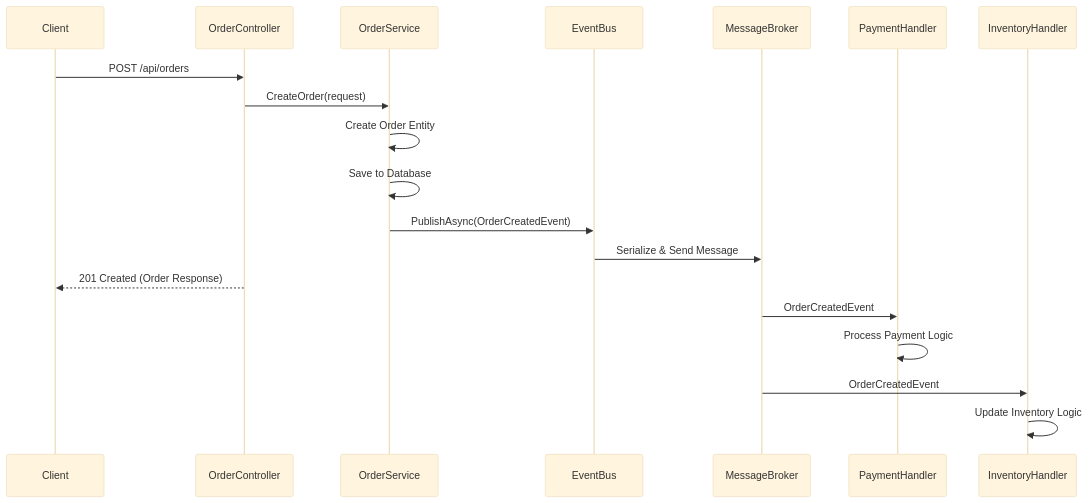
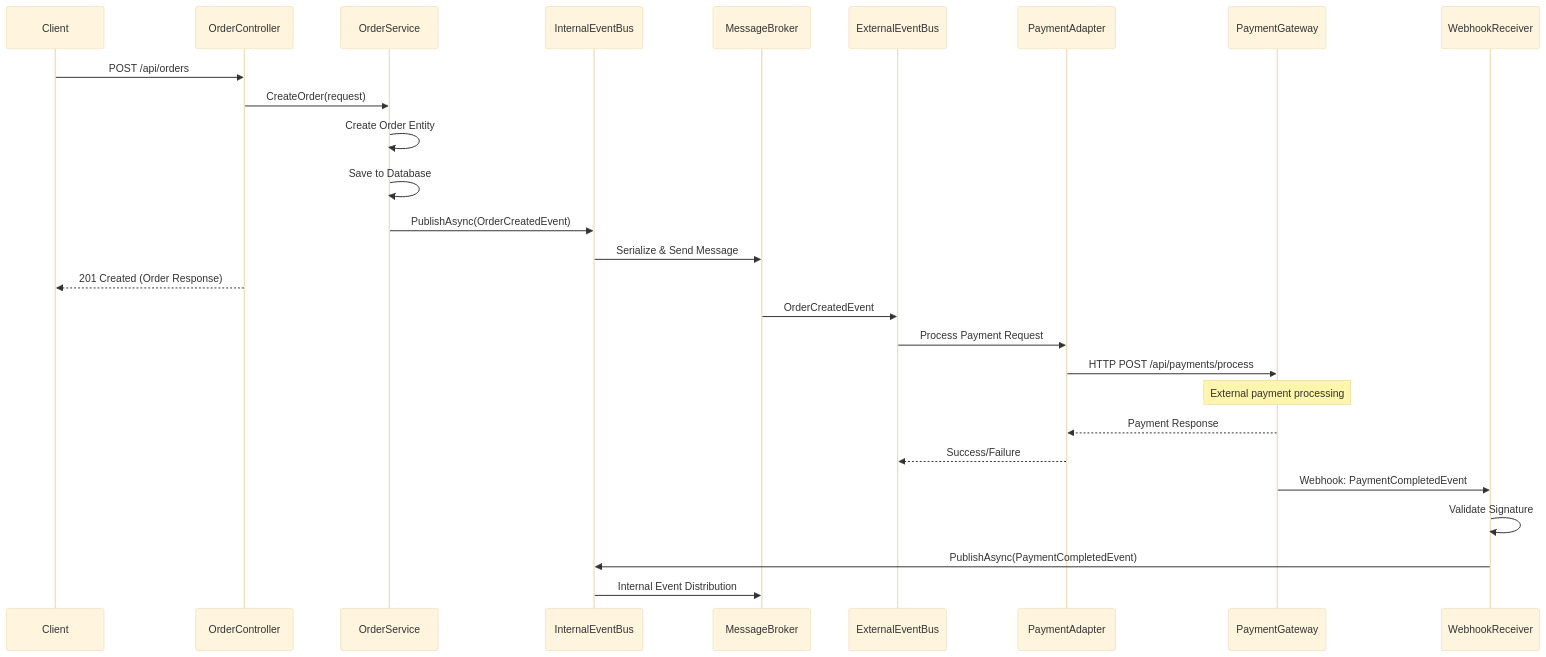
Before and after one commit to nakhmadaliev-webase/integration_bus: the second of 11 diagrams in ARCHITECTURE_FLOW.md, drawn with Mermaid (base theme). The commit also changed other lines of this file and 23 other files, not shown here.

First line of the commit message:
Add External Integration Bus with comprehensive features

````diff
--- a/ARCHITECTURE_FLOW.md
+++ b/ARCHITECTURE_FLOW.md
@@ -58,26 +103,36 @@
 ```mermaid
 sequenceDiagram
     participant Client
     participant OrderController
     participant OrderService
-    participant EventBus
+    participant InternalEventBus
     participant MessageBroker
-    participant PaymentHandler
-    participant InventoryHandler
+    participant ExternalEventBus
+    participant PaymentAdapter
+    participant PaymentGateway
+    participant WebhookReceiver
     
     Client->>OrderController: POST /api/orders
     OrderController->>OrderService: CreateOrder(request)
     OrderService->>OrderService: Create Order Entity
     OrderService->>OrderService: Save to Database
     
-    OrderService->>EventBus: PublishAsync(OrderCreatedEvent)
-    EventBus->>MessageBroker: Serialize & Send Message
+    OrderService->>InternalEventBus: PublishAsync(OrderCreatedEvent)
+    InternalEventBus->>MessageBroker: Serialize & Send Message
     
     OrderController-->>Client: 201 Created (Order Response)
     
-    MessageBroker->>PaymentHandler: OrderCreatedEvent
-    PaymentHandler->>PaymentHandler: Process Payment Logic
+    MessageBroker->>ExternalEventBus: OrderCreatedEvent
+    ExternalEventBus->>PaymentAdapter: Process Payment Request
+    PaymentAdapter->>PaymentGateway: HTTP POST /api/payments/process
     
-    MessageBroker->>InventoryHandler: OrderCreatedEvent
-    InventoryHandler->>InventoryHandler: Update Inventory Logic
+    Note over PaymentGateway: External payment processing
+    
+    PaymentGateway-->>PaymentAdapter: Payment Response
+    PaymentAdapter-->>ExternalEventBus: Success/Failure
+    
+    PaymentGateway->>WebhookReceiver: Webhook: PaymentCompletedEvent
+    WebhookReceiver->>WebhookReceiver: Validate Signature
+    WebhookReceiver->>InternalEventBus: PublishAsync(PaymentCompletedEvent)
+    InternalEventBus->>MessageBroker: Internal Event Distribution
 ```
````
